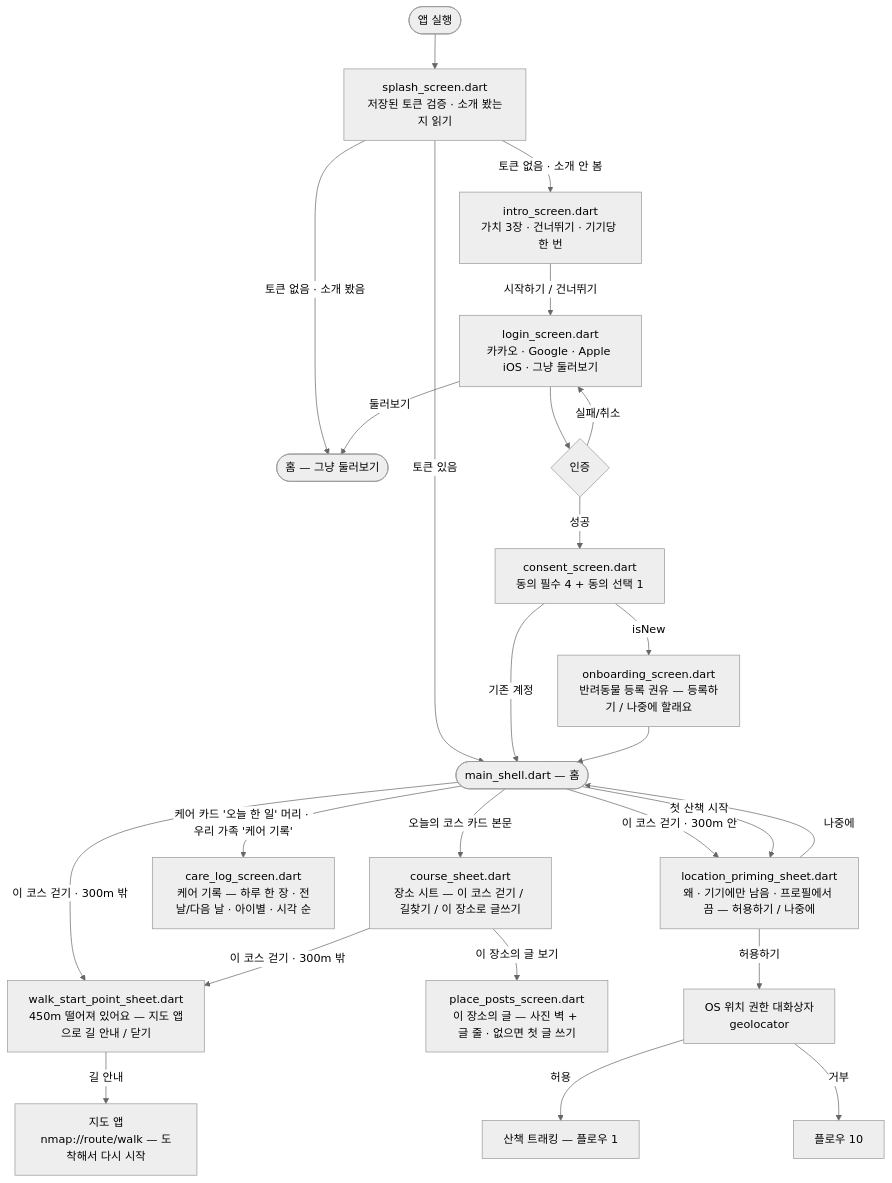
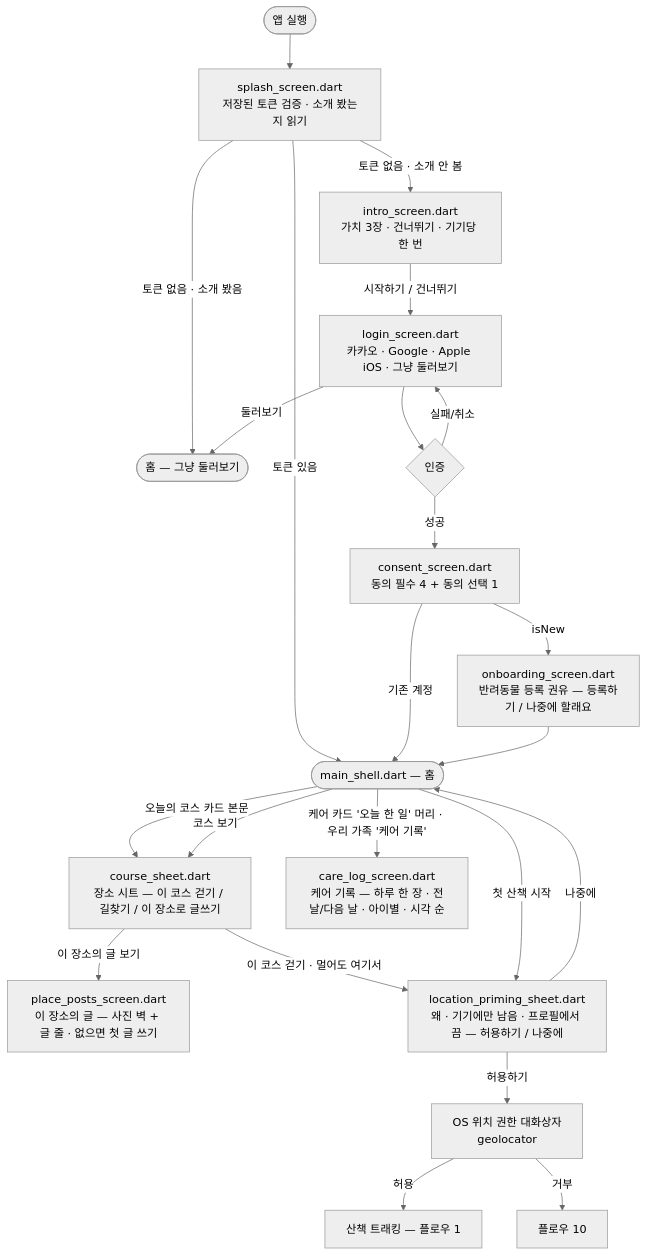
One commit to sanghyunbang/pawloop changed the fourth of 15 diagrams in docs/01-design/user-flows.md. Above: the diagram before and after it, drawn with Mermaid (neutral theme). The commit also changed 19 other files, not shown here.

````diff
--- a/docs/01-design/user-flows.md
+++ b/docs/01-design/user-flows.md
@@ -179,27 +179,25 @@
 ```mermaid
 flowchart TD
     A([앱 실행]) --> S[splash_screen.dart<br/>저장된 토큰 검증 · 소개 봤는지 읽기]
     S -->|토큰 있음| H([main_shell.dart — 홈])
     S -->|토큰 없음 · 소개 안 봄| I[intro_screen.dart<br/>가치 3장 · 건너뛰기 · 기기당 한 번]
     S -->|토큰 없음 · 소개 봤음| G([홈 — 그냥 둘러보기])
     I -->|시작하기 / 건너뛰기| D[login_screen.dart<br/>카카오 · Google · Apple iOS · 그냥 둘러보기]
     D -->|둘러보기| G
     D --> D1{인증}
     D1 -->|실패/취소| D
     D1 -->|성공| C[consent_screen.dart<br/>동의 필수 4 + 동의 선택 1]
     C -->|isNew| E[onboarding_screen.dart<br/>반려동물 등록 권유 — 등록하기 / 나중에 할래요]
     C -->|기존 계정| H
     E --> H
     H -->|오늘의 코스 카드 본문| CS[course_sheet.dart<br/>장소 시트 — 이 코스 걷기 / 길찾기 / 이 장소로 글쓰기]
-    H -->|이 코스 걷기 · 300m 밖| WS[walk_start_point_sheet.dart<br/>450m 떨어져 있어요 — 지도 앱으로 길 안내 / 닫기]
-    CS -->|이 코스 걷기 · 300m 밖| WS
+    H -->|코스 보기| CS
     CS -->|이 장소의 글 보기| PP[place_posts_screen.dart<br/>이 장소의 글 — 사진 벽 + 글 줄 · 없으면 첫 글 쓰기]
     H -->|케어 카드 '오늘 한 일' 머리 · 우리 가족 '케어 기록'| CL[care_log_screen.dart<br/>케어 기록 — 하루 한 장 · 전날/다음 날 · 아이별 · 시각 순]
-    WS -->|길 안내| MAP[지도 앱<br/>nmap://route/walk — 도착해서 다시 시작]
-    H -->|이 코스 걷기 · 300m 안| LP
+    CS -->|이 코스 걷기 · 멀어도 여기서| LP
     H -->|첫 산책 시작| LP[location_priming_sheet.dart<br/>왜 · 기기에만 남음 · 프로필에서 끔 — 허용하기 / 나중에]
     LP -->|허용하기| F[OS 위치 권한 대화상자<br/>geolocator]
     LP -->|나중에| H
     F -->|허용| T[산책 트래킹 — 플로우 1]
     F -->|거부| T2[플로우 10]
 ```
````
